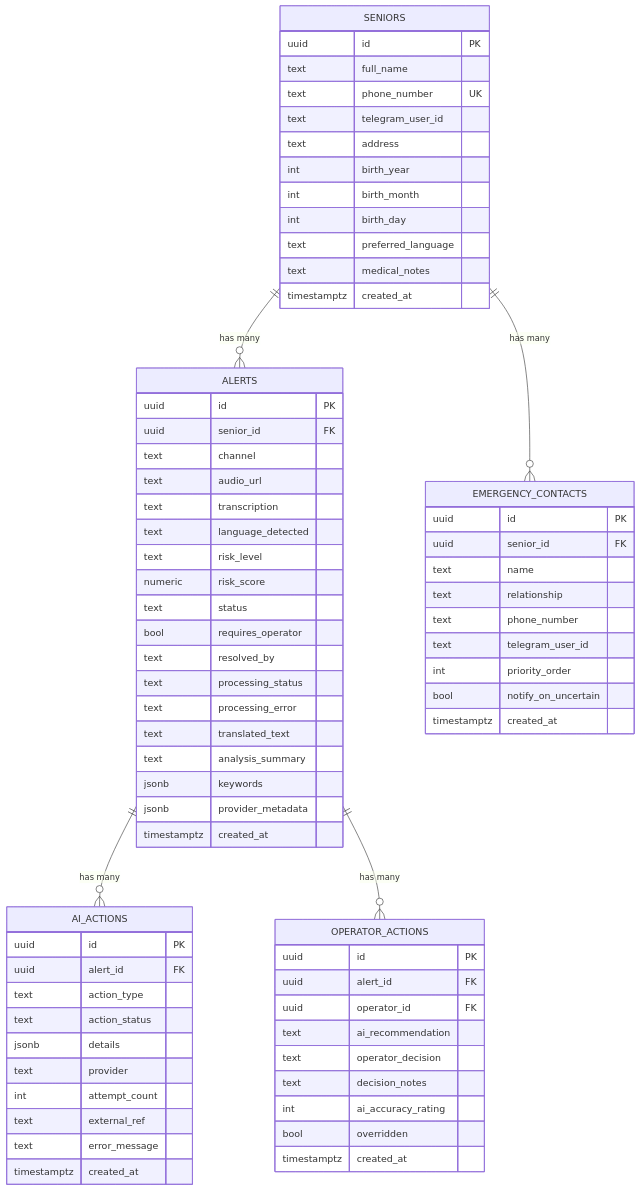
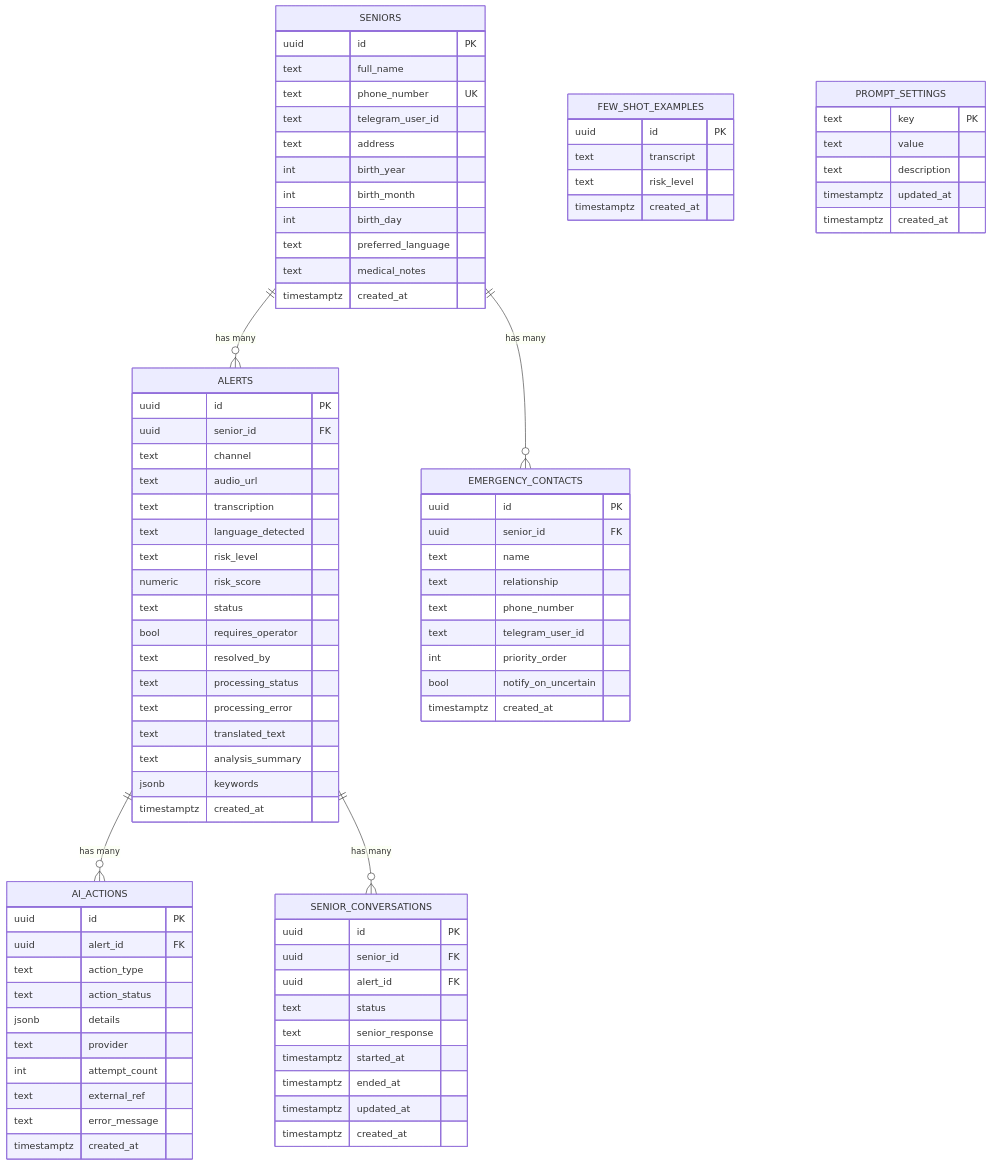
Before and after one commit to brucewzj99/PersonalAlertPlus: the third of 8 diagrams in flowchart.md, drawn with Mermaid. The commit also changed other lines of this file and 25 other files, not shown here.

````diff
--- a/flowchart.md
+++ b/flowchart.md
@@ -183,7 +195,7 @@
     SENIORS ||--o{ ALERTS : "has many"
     SENIORS ||--o{ EMERGENCY_CONTACTS : "has many"
     ALERTS ||--o{ AI_ACTIONS : "has many"
-    ALERTS ||--o{ OPERATOR_ACTIONS : "has many"
+    ALERTS ||--o{ SENIOR_CONVERSATIONS : "has many"
 
     SENIORS {
         uuid id PK
@@ -228,7 +240,6 @@
         text translated_text
         text analysis_summary
         jsonb keywords
-        jsonb provider_metadata
         timestamptz created_at
     }
 
@@ -245,15 +256,30 @@
         timestamptz created_at
     }
 
-    OPERATOR_ACTIONS {
+    FEW_SHOT_EXAMPLES {
         uuid id PK
+        text transcript
+        text risk_level
+        timestamptz created_at
+    }
+
+    SENIOR_CONVERSATIONS {
+        uuid id PK
+        uuid senior_id FK
         uuid alert_id FK
-        uuid operator_id FK
-        text ai_recommendation
-        text operator_decision
-        text decision_notes
-        int ai_accuracy_rating
-        bool overridden
+        text status
+        text senior_response
+        timestamptz started_at
+        timestamptz ended_at
+        timestamptz updated_at
+        timestamptz created_at
+    }
+
+    PROMPT_SETTINGS {
+        text key PK
+        text value
+        text description
+        timestamptz updated_at
         timestamptz created_at
     }
 ```
````
